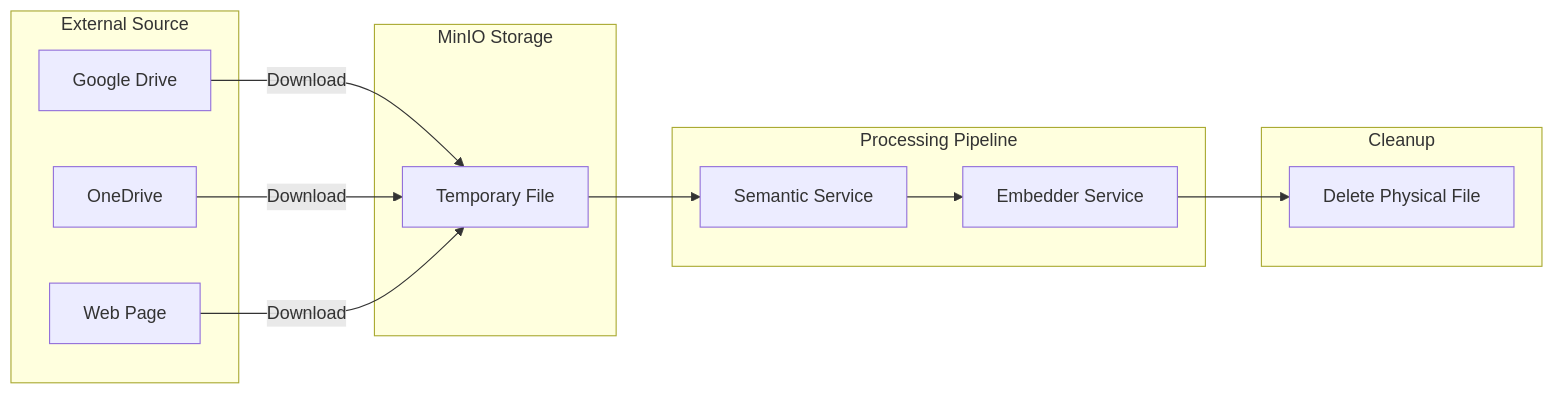
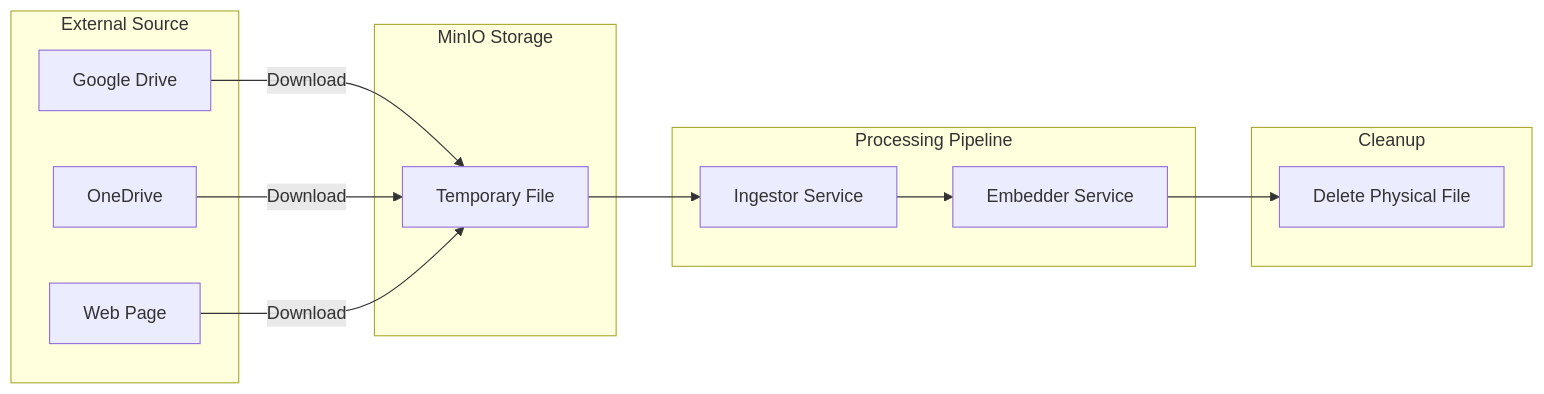
The second of 5 diagrams in docs/services/orchestrator-service.md (gen-mind/EchoMind), drawn with Mermaid before and after one commit. The commit also changed other lines of this file and 3 other files, not shown here.

Commit message:
migrating from semantic to ingestor

````diff
--- a/docs/services/orchestrator-service.md
+++ b/docs/services/orchestrator-service.md
@@ -226,29 +226,29 @@
 ```mermaid
 flowchart LR
     subgraph External["External Source"]
         GD[Google Drive]
         OD[OneDrive]
         WEB[Web Page]
     end
 
     subgraph MinIO["MinIO Storage"]
         FILE[Temporary File]
     end
 
     subgraph Processing["Processing Pipeline"]
-        SEM[Semantic Service]
+        ING[Ingestor Service]
         EMB[Embedder Service]
     end
 
     subgraph Cleanup["Cleanup"]
         DEL[Delete Physical File]
     end
 
     GD -->|Download| FILE
     OD -->|Download| FILE
     WEB -->|Download| FILE
 
-    FILE --> SEM
-    SEM --> EMB
+    FILE --> ING
+    ING --> EMB
     EMB --> DEL
 ```
````
